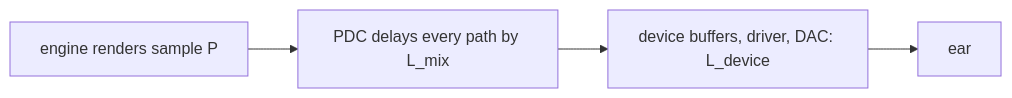
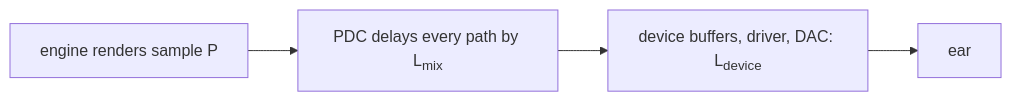
One commit to TomHsieh300/DAW-for-fun changed the second of 2 diagrams in lessons/14-daw-8track/docs/step-13-transport-bar.md. Above: the diagram before and after it, drawn with Mermaid. The commit also changed 19 other files, not shown here.

First line of the commit message:
lessons: typeset subscripts and superscripts in Mermaid labels

````diff
--- a/lessons/14-daw-8track/docs/step-13-transport-bar.md
+++ b/lessons/14-daw-8track/docs/step-13-transport-bar.md
@@ -77,4 +77,4 @@
 ```mermaid
 flowchart LR
-    A["engine renders sample P"] --> B["PDC delays every path by L_mix"] --> C["device buffers, driver, DAC: L_device"] --> D["ear"]
+    A["engine renders sample P"] --> B["PDC delays every path by L<sub>mix</sub>"] --> C["device buffers, driver, DAC: L<sub>device</sub>"] --> D["ear"]
 ```
````
